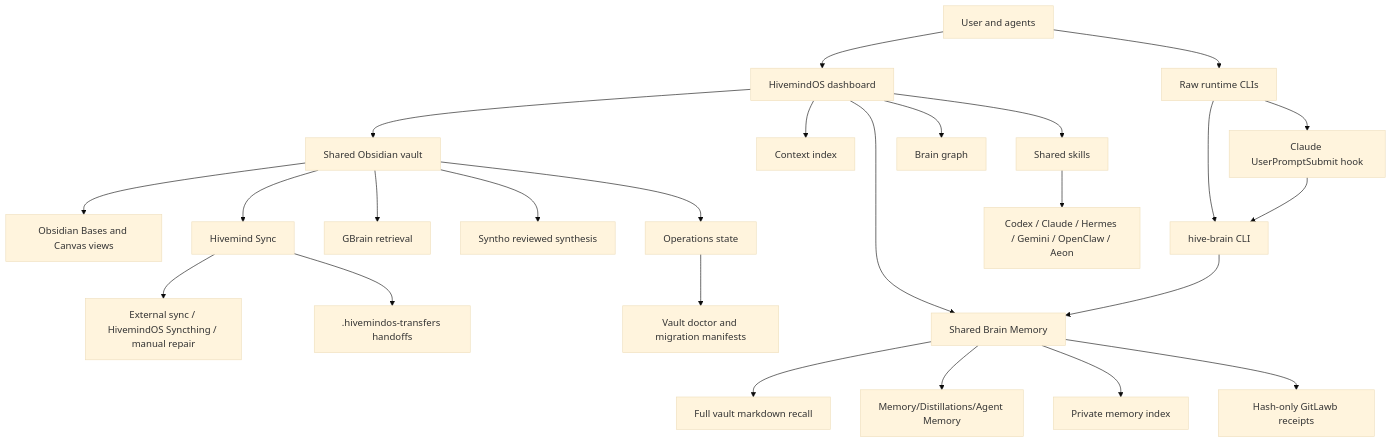
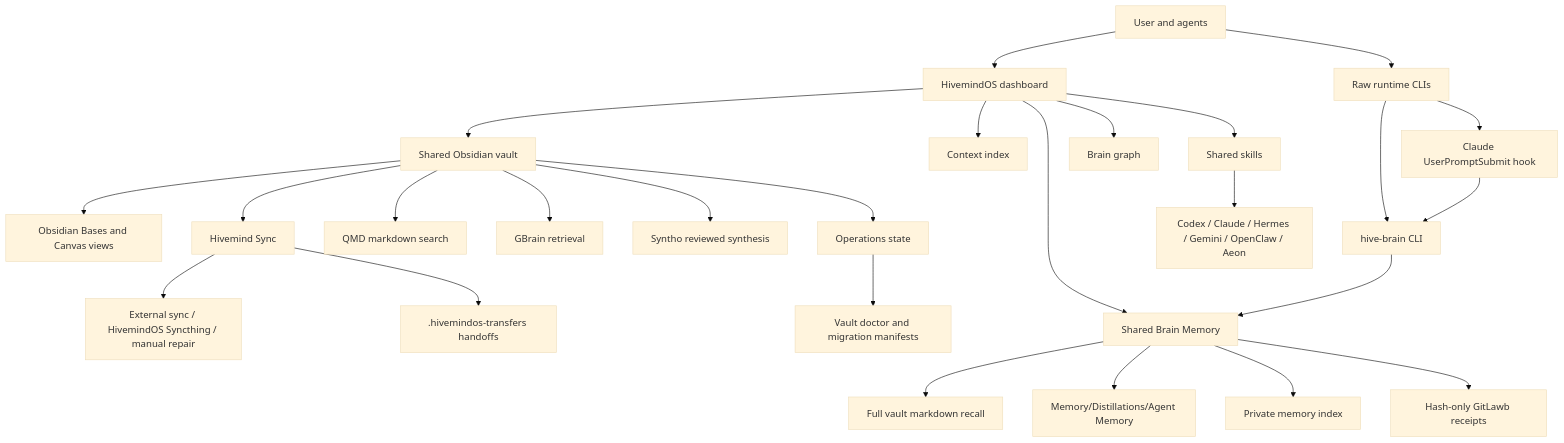
One commit to LiamVisionary/hivemindos changed the diagram in docs/whole-brain/index.md. Above: the diagram before and after it, drawn with Mermaid (base theme). The commit also changed other lines of this file and 224 other files, not shown here.

````diff
--- a/docs/whole-brain/index.md
+++ b/docs/whole-brain/index.md
@@ -64,27 +64,28 @@
 ```mermaid
 flowchart TD
   User["User and agents"] --> Dashboard["HivemindOS dashboard"]
   User --> RawAgents["Raw runtime CLIs"]
   Dashboard --> Vault["Shared Obsidian vault"]
   Dashboard --> ContextIndex["Context index"]
   Dashboard --> BrainMemory["Shared Brain Memory"]
   Dashboard --> BrainGraph["Brain graph"]
   Dashboard --> Skills["Shared skills"]
   RawAgents --> HiveBrain["hive-brain CLI"]
   RawAgents --> ClaudeHook["Claude UserPromptSubmit hook"]
   HiveBrain --> BrainMemory
   ClaudeHook --> HiveBrain
   BrainMemory --> VaultMarkdown["Full vault markdown recall"]
   BrainMemory --> MemoryNotes["Memory/Distillations/Agent Memory"]
   BrainMemory --> MemoryIndex["Private memory index"]
   BrainMemory --> Proofs["Hash-only GitLawb receipts"]
   Vault --> NativeViews["Obsidian Bases and Canvas views"]
   Vault --> SyncOwner["Hivemind Sync"]
   SyncOwner --> VaultOwner["External sync / HivemindOS Syncthing / manual repair"]
   SyncOwner --> Transfers[".hivemindos-transfers handoffs"]
+  Vault --> QMD["QMD markdown search"]
   Vault --> GBrain["GBrain retrieval"]
   Vault --> Syntho["Syntho reviewed synthesis"]
   Vault --> Operations["Operations state"]
   Skills --> RuntimeProviders["Codex / Claude / Hermes / Gemini / OpenClaw / Aeon"]
   Operations --> Doctor["Vault doctor and migration manifests"]
 ```
````
